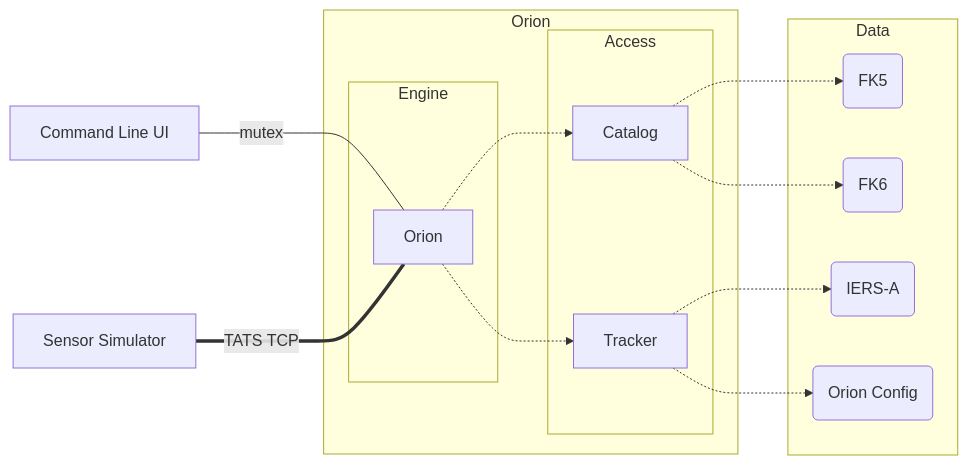
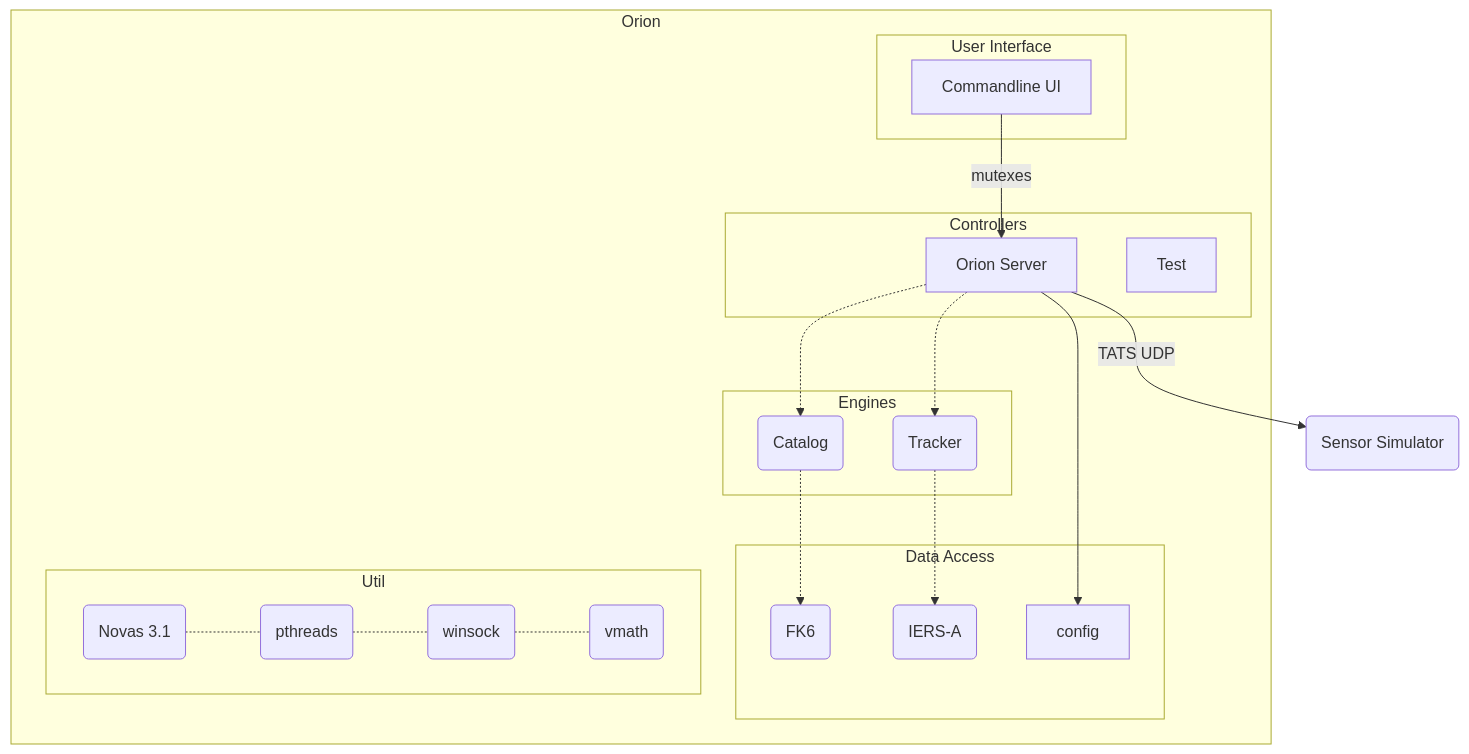
The diagram in docs/diagrams/novas.mmd (caseyshields/Orion), drawn with Mermaid before and after one commit. The commit also changed 2 other files, not shown here.

```diff
--- a/docs/diagrams/novas.mmd
+++ b/docs/diagrams/novas.mmd
@@ -1,33 +1,40 @@
-graph LR
-
-A[Command Line UI]
-B[Sensor Simulator]
-
+graph TB
+simulator(Sensor Simulator)
 subgraph Orion
-
-subgraph Engine
-C[Orion]
+subgraph User Interface
+ui[Commandline UI]
+end
+subgraph Controllers
+orion[Orion Server]
+test[Test]
+end
+subgraph Engines
+catalog(Catalog)
+tracker(Tracker)
+end
+subgraph Data Access
+fk6(FK6)
+iers(IERS-A)
+config
+end
+subgraph Util
+novas(Novas 3.1)
+sockets(winsock)
+pthreads(pthreads)
+vmath(vmath)
+end
 end
 
-subgraph Access
-D[Catalog]
-E[Tracker]
-end
+ui-- mutexes-->orion
 
-end
+orion-.->catalog
+orion-.->tracker
+orion-->config
+orion-- TATS UDP-->simulator
 
-subgraph Data
-F(FK5)
-G(FK6)
-H(IERS-A)
-I(Orion Config)
-end
+tracker-.->iers
+catalog-.->fk6
 
-A-- mutex ---C
-B== TATS TCP ===C
-C-.->D
-C-.->E
-D-.->F
-D-.->G
-E-.->H
-E-.->I
+novas-.-pthreads
+pthreads-.-sockets
+sockets-.-vmath
```
